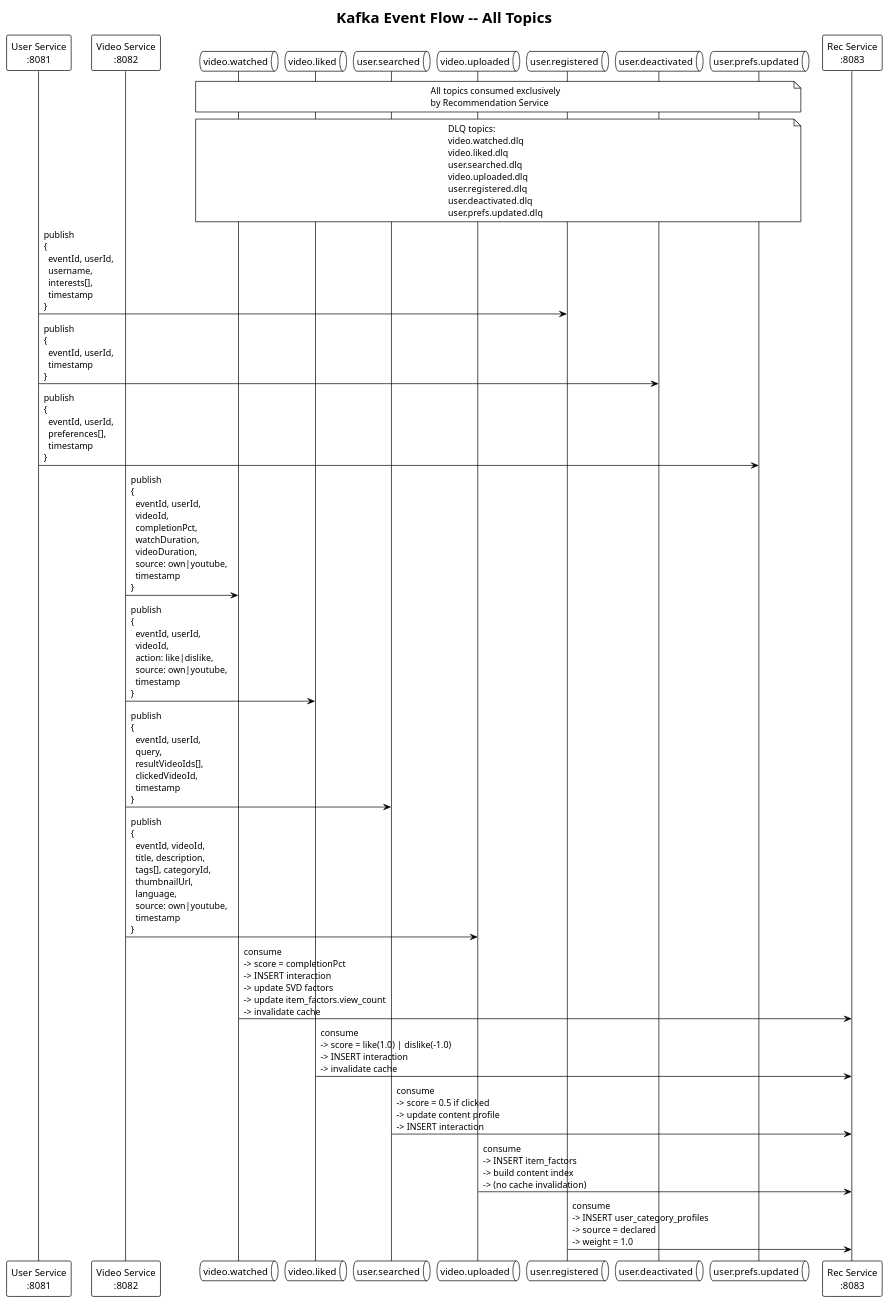
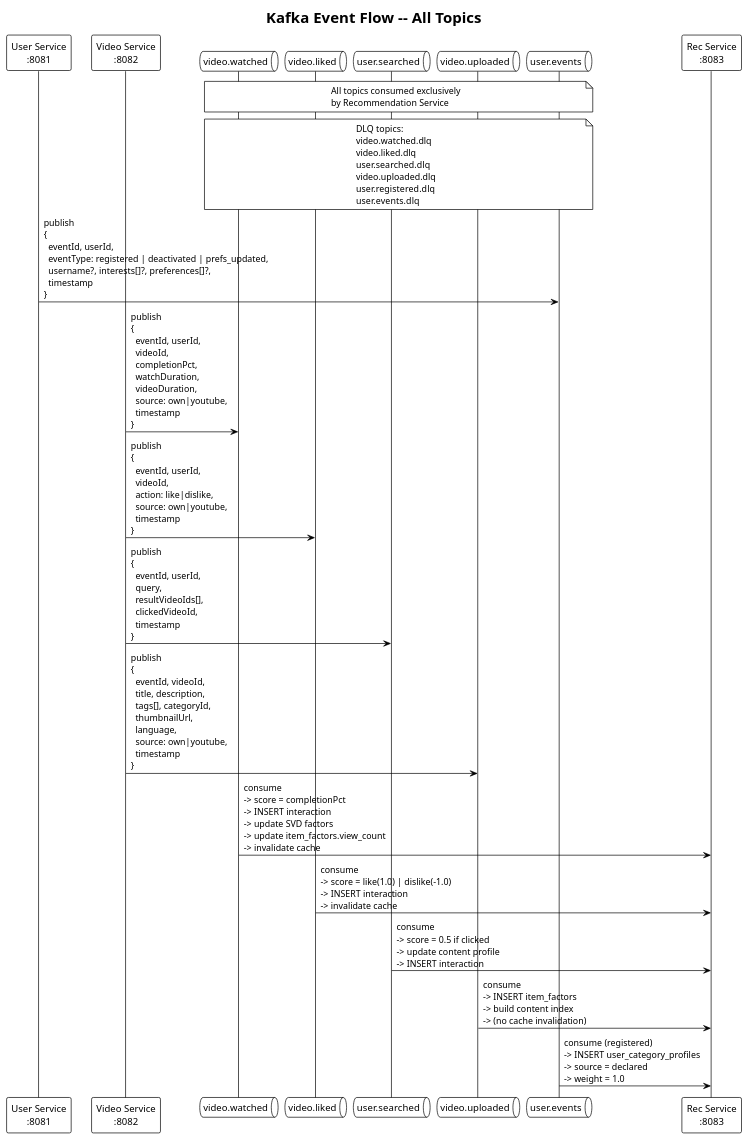
Before and after one commit to AmnsAmr/recommendation_sys: the diagram in uml/08_kafka_event_flow.puml, drawn with PlantUML. The commit also changed 6 other files, not shown here.

```diff
--- a/uml/08_kafka_event_flow.puml
+++ b/uml/08_kafka_event_flow.puml
@@ -1,57 +1,52 @@
 @startuml Kafka Event Flow
 !theme plain
 skinparam backgroundColor #FFFFFF
 skinparam defaultFontName Arial
 
 title Kafka Event Flow -- All Topics
 
 participant "User Service\n:8081" as us
 participant "Video Service\n:8082" as vs
 queue "video.watched" as tw
 queue "video.liked" as tl
 queue "user.searched" as ts
 queue "video.uploaded" as tu
-queue "user.registered" as tur
-queue "user.deactivated" as tud
-queue "user.prefs.updated" as tup
+queue "user.events" as tue
 participant "Rec Service\n:8083" as rec
 
-note over tw, tup
+note over tw, tue
   All topics consumed exclusively
   by Recommendation Service
 end note
 
-note over tw, tup
+note over tw, tue
   DLQ topics:
   video.watched.dlq
   video.liked.dlq
   user.searched.dlq
   video.uploaded.dlq
   user.registered.dlq
-  user.deactivated.dlq
-  user.prefs.updated.dlq
+  user.events.dlq
 end note
 
-us -> tur : publish\n{\n  eventId, userId,\n  username,\n  interests[],\n  timestamp\n}
-us -> tud : publish\n{\n  eventId, userId,\n  timestamp\n}
-us -> tup : publish\n{\n  eventId, userId,\n  preferences[],\n  timestamp\n}
+us -> tue : publish\n{\n  eventId, userId,\n  eventType: registered | deactivated | prefs_updated,\n  username?, interests[]?, preferences[]?,\n  timestamp\n}
 
 vs -> tw : publish\n{\n  eventId, userId,\n  videoId,\n  completionPct,\n  watchDuration,\n  videoDuration,\n  source: own|youtube,\n  timestamp\n}
 
 vs -> tl : publish\n{\n  eventId, userId,\n  videoId,\n  action: like|dislike,\n  source: own|youtube,\n  timestamp\n}
 
 vs -> ts : publish\n{\n  eventId, userId,\n  query,\n  resultVideoIds[],\n  clickedVideoId,\n  timestamp\n}
 
 vs -> tu : publish\n{\n  eventId, videoId,\n  title, description,\n  tags[], categoryId,\n  thumbnailUrl,\n  language,\n  source: own|youtube,\n  timestamp\n}
 
 tw -> rec : consume\n-> score = completionPct\n-> INSERT interaction\n-> update SVD factors\n-> update item_factors.view_count\n-> invalidate cache
 
 tl -> rec : consume\n-> score = like(1.0) | dislike(-1.0)\n-> INSERT interaction\n-> invalidate cache
 
 ts -> rec : consume\n-> score = 0.5 if clicked\n-> update content profile\n-> INSERT interaction
 
 tu -> rec : consume\n-> INSERT item_factors\n-> build content index\n-> (no cache invalidation)
 
-tur -> rec : consume\n-> INSERT user_category_profiles\n-> source = declared\n-> weight = 1.0
+tue -> rec : consume (registered)\n-> INSERT user_category_profiles\n-> source = declared\n-> weight = 1.0
 
 @enduml
```
